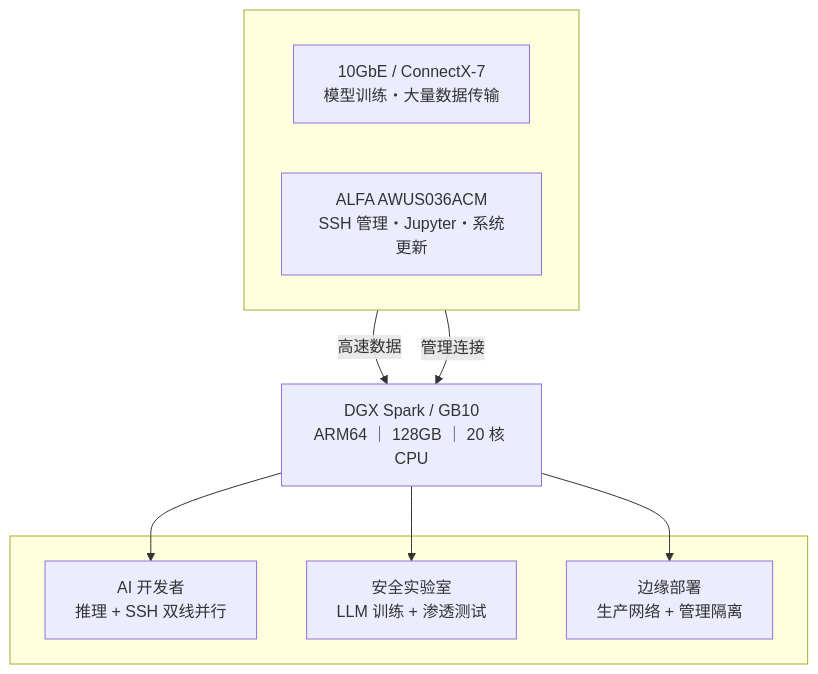
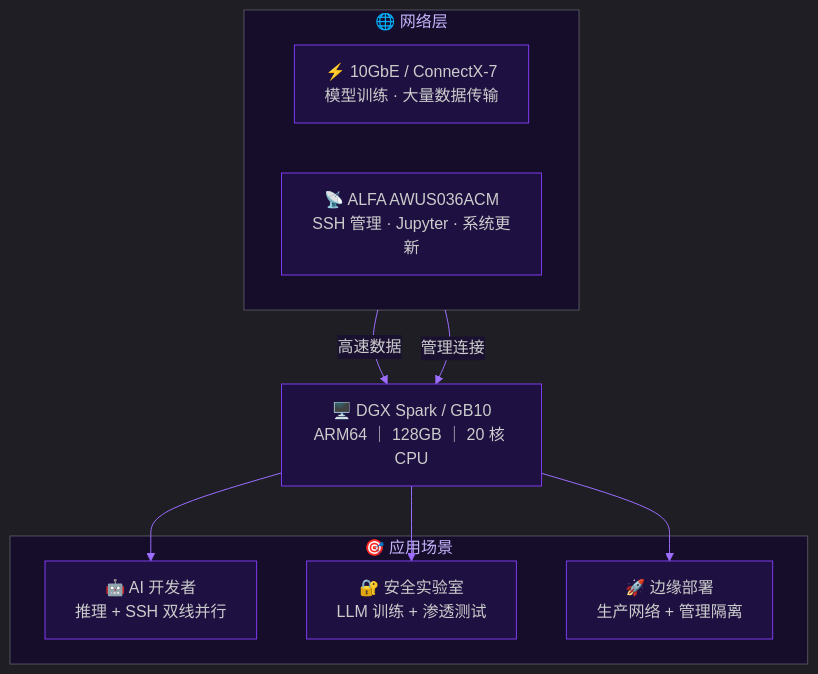
Before and after one commit to yopitek/yupitek_official_web: the diagram in content/zh-cn/blog/dgx-spark-gb10-wifi-alfa-usb-fix/_index.md, drawn with Mermaid. The commit also changed 9 other files, not shown here.

First line of the commit message:
style: upgrade mermaid diagram to cyber purple theme (all 10 languages)

````diff
--- a/content/zh-cn/blog/dgx-spark-gb10-wifi-alfa-usb-fix/_index.md
+++ b/content/zh-cn/blog/dgx-spark-gb10-wifi-alfa-usb-fix/_index.md
@@ -217,22 +217,23 @@
 ```mermaid
+%%{init:{"theme":"dark","themeVariables":{"primaryColor":"#2d1f4e","primaryTextColor":"#e2d9f3","primaryBorderColor":"#7c3aed","lineColor":"#9d6dff","secondaryColor":"#1a1030","tertiaryColor":"#0e0818","background":"#0e0818","mainBkg":"#1e1040","nodeBorder":"#7c3aed","clusterBkg":"#150d2a","titleColor":"#c4b5fd","edgeLabelBackground":"#1a1030","attributeBackgroundColorEven":"#1e1040","attributeBackgroundColorOdd":"#150d2a"}}}%%
 flowchart TD
-    subgraph 网络[" "]
+    subgraph sub1["🌐 网络层"]
         direction LR
-        A["10GbE / ConnectX-7<br/>模型训练・大量数据传输"]
-        B["ALFA AWUS036ACM<br/>SSH 管理・Jupyter・系统更新"]
+        A["⚡ 10GbE / ConnectX-7<br/>模型训练 · 大量数据传输"]
+        B["📡 ALFA AWUS036ACM<br/>SSH 管理 · Jupyter · 系统更新"]
     end
 
-    C["DGX Spark / GB10<br/>ARM64 ｜ 128GB ｜ 20 核 CPU"]
+    C["🖥️ DGX Spark / GB10<br/>ARM64 ｜ 128GB ｜ 20 核 CPU"]
 
-    subgraph 场景[" "]
-        D["AI 开发者<br/>推理 + SSH 双线并行"]
-        E["安全实验室<br/>LLM 训练 + 渗透测试"]
-        F["边缘部署<br/>生产网络 + 管理隔离"]
+    subgraph sub2["🎯 应用场景"]
+        D["🤖 AI 开发者<br/>推理 + SSH 双线并行"]
+        E["🔐 安全实验室<br/>LLM 训练 + 渗透测试"]
+        F["🚀 边缘部署<br/>生产网络 + 管理隔离"]
     end
 
     A -->|高速数据| C
     B -->|管理连接| C
     C --> D
     C --> E
     C --> F
 ```
````
